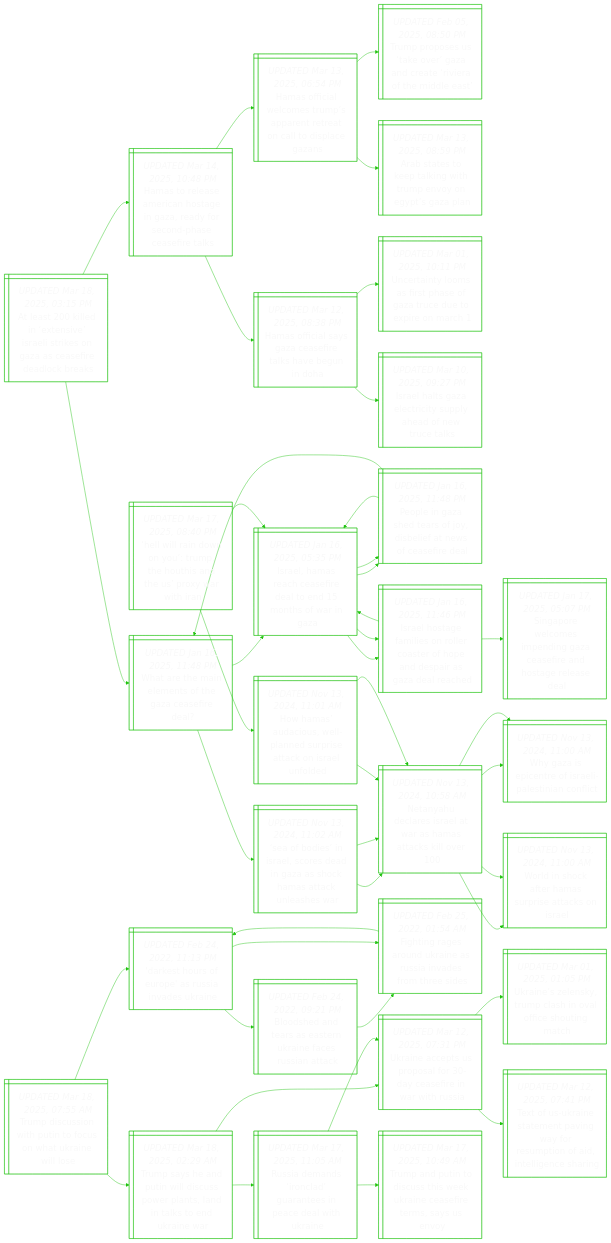
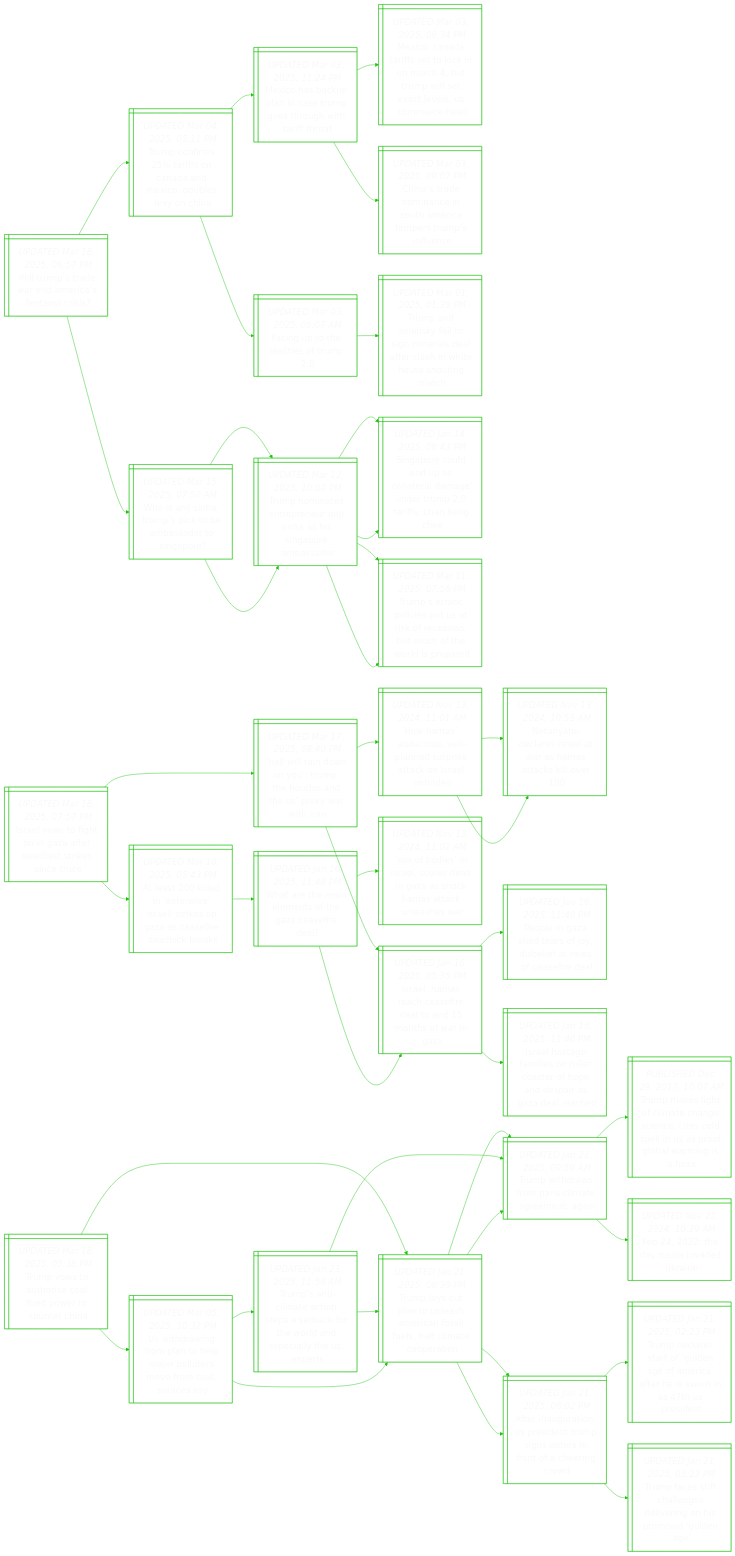
One commit to notJmes/notJmes changed the diagram in README.md. Above: the diagram before and after it, drawn with Mermaid. The commit also changed other lines of this file, not shown here.

````diff
--- a/README.md
+++ b/README.md
@@ -16,136 +16,130 @@
 flowchart LR
 classDef txtsize font-size:20px;
 
-AslessikGsedoe@{ shape: win-pane, label: "_UPDATED Mar 18, 2025, 03:15 PM_
+Wrtwdieys@{ shape: win-pane, label: "_UPDATED Mar 18, 2025, 06:57 PM_
+Will trump’s trade war end america’s fentanyl crisis?" }
+TcrroadcbeC@{ shape: win-pane, label: "_UPDATED Mar 04, 2025, 05:11 PM_
+Trump confirms 25% tariffs on canada and mexico, doubles levy on china" }
+MoapnTghhtfa@{ shape: win-pane, label: "_UPDATED Mar 03, 2025, 11:24 PM_
+Mexico has backup plan in case trump goes through with tariff threat" }
+ModieiocTwececra@{ shape: win-pane, label: "_UPDATED Mar 03, 2025, 09:34 PM_
+Mexico, canada tariffs set to kick in on march 4, but trump will set exact levels: us commerce head" }
+Csenitresple@{ shape: win-pane, label: "_UPDATED Mar 03, 2025, 09:07 PM_
+China’s trade dominance in south america tempers trump’s influence" }
+Fgtaer@{ shape: win-pane, label: "_UPDATED Mar 03, 2025, 06:07 AM_
+Facing up to the realities of trump 2.0" }
+TalytnretaWHsit@{ shape: win-pane, label: "_UPDATED Mar 01, 2025, 01:39 PM_
+Trump and zelensky fail to sign minerals deal after clash in white house shouting match" }
+WAirpobdSp@{ shape: win-pane, label: "_UPDATED Mar 15, 2025, 07:50 AM_
+Who is anji sinha, trump’s pick to be ambassador to singapore?" }
+TnanrrSaSpma@{ shape: win-pane, label: "_UPDATED Mar 12, 2025, 10:00 PM_
+Trump nominates entrepreneur anji sinha as his singapore ambassador" }
+Sponsalgemihne@{ shape: win-pane, label: "_UPDATED Jan 14, 2025, 08:43 PM_
+Singapore could end up as ‘collateral damage’ under trump 2.0 tariffs: chan heng chee" }
+TstlsSseitowip@{ shape: win-pane, label: "_UPDATED Mar 11, 2025, 07:56 PM_
+Trump’s erratic policies put us at risk of recession, but much of the world is prepared" }
+TnanrrSaSpma@{ shape: win-pane, label: "_UPDATED Mar 12, 2025, 10:00 PM_
+Trump nominates entrepreneur anji sinha as his singapore ambassador" }
+Sponsalgemihne@{ shape: win-pane, label: "_UPDATED Jan 14, 2025, 08:43 PM_
+Singapore could end up as ‘collateral damage’ under trump 2.0 tariffs: chan heng chee" }
+TstlsSseitowip@{ shape: win-pane, label: "_UPDATED Mar 11, 2025, 07:56 PM_
+Trump’s erratic policies put us at risk of recession, but much of the world is prepared" }
+
+Wrtwdieys:::txtsize --> TcrroadcbeC:::txtsize
+TcrroadcbeC:::txtsize --> MoapnTghhtfa:::txtsize
+MoapnTghhtfa:::txtsize --> ModieiocTwececra:::txtsize
+MoapnTghhtfa:::txtsize --> Csenitresple:::txtsize
+TcrroadcbeC:::txtsize --> Fgtaer:::txtsize
+Fgtaer:::txtsize --> TalytnretaWHsit:::txtsize
+Wrtwdieys:::txtsize --> WAirpobdSp:::txtsize
+WAirpobdSp:::txtsize --> TnanrrSaSpma:::txtsize
+TnanrrSaSpma:::txtsize --> Sponsalgemihne:::txtsize
+TnanrrSaSpma:::txtsize --> TstlsSseitowip:::txtsize
+WAirpobdSp:::txtsize --> TnanrrSaSpma:::txtsize
+TnanrrSaSpma:::txtsize --> Sponsalgemihne:::txtsize
+TnanrrSaSpma:::txtsize --> TstlsSseitowip:::txtsize
+
+Ilthnaditsee@{ shape: win-pane, label: "_UPDATED Mar 18, 2025, 07:57 PM_
+Israel vows to fight on in gaza after deadliest strikes since truce" }
+AslessikGsedoe@{ shape: win-pane, label: "_UPDATED Mar 18, 2025, 05:43 PM_
 At least 200 killed in ‘extensive’ israeli strikes on gaza as ceasefire deadlock breaks" }
-Htematnrfcheil@{ shape: win-pane, label: "_UPDATED Mar 14, 2025, 10:48 PM_
-Hamas to release american hostage in gaza, ready for second-phase ceasefire talks" }
-Hoilsparaadaz@{ shape: win-pane, label: "_UPDATED Mar 13, 2025, 06:54 PM_
-Hamas official welcomes trump’s apparent retreat on call to displace gazans" }
-Tpstvzceetda@{ shape: win-pane, label: "_UPDATED Feb 05, 2025, 08:50 PM_
-Trump proposes us ‘take over’ gaza and create ‘riviera of the middle east’" }
-AttpitmogGl@{ shape: win-pane, label: "_UPDATED Mar 13, 2025, 08:59 PM_
-Arab states to keep talking with trump envoy on egypt’s gaza plan" }
-Hoiyaethen@{ shape: win-pane, label: "_UPDATED Mar 12, 2025, 08:38 PM_
-Hamas official says gaza ceasefire talks have begun in doha" }
-UtysraGruxoc@{ shape: win-pane, label: "_UPDATED Mar 01, 2025, 10:11 PM_
-Uncertainty looms as first phase of gaza truce due to expire on march 1" }
-Ilserylaeck@{ shape: win-pane, label: "_UPDATED Mar 10, 2025, 09:27 PM_
-Israel halts gaza electricity supply ahead of new truce talks" }
 Wrmlthaed@{ shape: win-pane, label: "_UPDATED Jan 16, 2025, 11:48 PM_
 What are the main elements of the gaza ceasefire deal?" }
+Ilshedoooia@{ shape: win-pane, label: "_UPDATED Jan 16, 2025, 05:35 PM_
+Israel, hamas reach ceasefire deal to end 15 months of war in gaza" }
+Sbsrcdnacaale@{ shape: win-pane, label: "_UPDATED Nov 13, 2024, 11:02 AM_
+‘sea of bodies’ in israel, scores dead in gaza as shock hamas attack unleashes war" }
+Hiinuposhrah@{ shape: win-pane, label: "_UPDATED Mar 17, 2025, 08:40 PM_
+‘hell will rain down on you’: trump, the houthis and the us’ proxy war with iran" }
+Hmdulnrecsud@{ shape: win-pane, label: "_UPDATED Nov 13, 2024, 11:01 AM_
+How hamas’ audacious, well-planned surprise attack on israel unfolded" }
+NyeeawHakl@{ shape: win-pane, label: "_UPDATED Nov 13, 2024, 10:58 AM_
+Netanyahu declares israel at war as hamas attacks kill over 100" }
+NyeeawHakl@{ shape: win-pane, label: "_UPDATED Nov 13, 2024, 10:58 AM_
+Netanyahu declares israel at war as hamas attacks kill over 100" }
 Ilshedoooia@{ shape: win-pane, label: "_UPDATED Jan 16, 2025, 05:35 PM_
 Israel, hamas reach ceasefire deal to end 15 months of war in gaza" }
 Pezdsyeasarl@{ shape: win-pane, label: "_UPDATED Jan 16, 2025, 11:48 PM_
 People in gaza shed tears of joy, disbelief at news of ceasefire deal" }
 Ilamslorpdiaac@{ shape: win-pane, label: "_UPDATED Jan 16, 2025, 11:46 PM_
 Israel hostage families on roller coaster of hope and despair as gaza deal reached" }
-Sbsrcdnacaale@{ shape: win-pane, label: "_UPDATED Nov 13, 2024, 11:02 AM_
-‘sea of bodies’ in israel, scores dead in gaza as shock hamas attack unleashes war" }
-NyeeawHakl@{ shape: win-pane, label: "_UPDATED Nov 13, 2024, 10:58 AM_
-Netanyahu declares israel at war as hamas attacks kill over 100" }
-NyeeawHakl@{ shape: win-pane, label: "_UPDATED Nov 13, 2024, 10:58 AM_
-Netanyahu declares israel at war as hamas attacks kill over 100" }
 
-AslessikGsedoe:::txtsize --> Htematnrfcheil:::txtsize
-Htematnrfcheil:::txtsize --> Hoilsparaadaz:::txtsize
-Hoilsparaadaz:::txtsize --> Tpstvzceetda:::txtsize
-Hoilsparaadaz:::txtsize --> AttpitmogGl:::txtsize
-Htematnrfcheil:::txtsize --> Hoiyaethen:::txtsize
-Hoiyaethen:::txtsize --> UtysraGruxoc:::txtsize
-Hoiyaethen:::txtsize --> Ilserylaeck:::txtsize
+Ilthnaditsee:::txtsize --> AslessikGsedoe:::txtsize
 AslessikGsedoe:::txtsize --> Wrmlthaed:::txtsize
 Wrmlthaed:::txtsize --> Ilshedoooia:::txtsize
+Wrmlthaed:::txtsize --> Sbsrcdnacaale:::txtsize
+Ilthnaditsee:::txtsize --> Hiinuposhrah:::txtsize
+Hiinuposhrah:::txtsize --> Hmdulnrecsud:::txtsize
+Hmdulnrecsud:::txtsize --> NyeeawHakl:::txtsize
+Hmdulnrecsud:::txtsize --> NyeeawHakl:::txtsize
+Hiinuposhrah:::txtsize --> Ilshedoooia:::txtsize
 Ilshedoooia:::txtsize --> Pezdsyeasarl:::txtsize
 Ilshedoooia:::txtsize --> Ilamslorpdiaac:::txtsize
-Wrmlthaed:::txtsize --> Sbsrcdnacaale:::txtsize
-Sbsrcdnacaale:::txtsize --> NyeeawHakl:::txtsize
-Sbsrcdnacaale:::txtsize --> NyeeawHakl:::txtsize
 
-Tdswuosaais@{ shape: win-pane, label: "_UPDATED Mar 18, 2025, 07:55 AM_
-Trump discussion with putin to focus on what ukraine will lose" }
-DsruasvUn@{ shape: win-pane, label: "_UPDATED Feb 24, 2022, 11:13 PM_
-'darkest hours of europe' as russia invades ukraine" }
-Bsnranicsak@{ shape: win-pane, label: "_UPDATED Feb 24, 2022, 09:21 PM_
-Bloodshed and tears as eastern ukraine faces russian attack" }
-Figokesnsts@{ shape: win-pane, label: "_UPDATED Feb 25, 2022, 01:54 AM_
-Fighting rages around ukraine as russia invades from three sides" }
-Figokesnsts@{ shape: win-pane, label: "_UPDATED Feb 25, 2022, 01:54 AM_
-Fighting rages around ukraine as russia invades from three sides" }
-DsruasvUn@{ shape: win-pane, label: "_UPDATED Feb 24, 2022, 11:13 PM_
-'darkest hours of europe' as russia invades ukraine" }
-Tseuisppsiknaa@{ shape: win-pane, label: "_UPDATED Mar 18, 2025, 02:29 AM_
-Trump says he and putin will discuss power plants, land in talks to end ukraine war" }
-UneSoocfnis@{ shape: win-pane, label: "_UPDATED Mar 12, 2025, 07:31 PM_
-Ukraine accepts us proposal for 30-day ceasefire in war with russia" }
-Unlyphaiogh@{ shape: win-pane, label: "_UPDATED Mar 01, 2025, 01:05 PM_
-Ukraine’s zelensky, trump clash in oval office shouting match" }
-Tfrsmawrmndlna@{ shape: win-pane, label: "_UPDATED Mar 12, 2025, 07:41 PM_
-Text of us-ukraine statement paving way for resumption of aid, intelligence sharing" }
-Ranodasaahi@{ shape: win-pane, label: "_UPDATED Mar 17, 2025, 11:05 AM_
-Russia demands ‘ironclad’ guarantees in peace deal with ukraine" }
-UneSoocfnis@{ shape: win-pane, label: "_UPDATED Mar 12, 2025, 07:31 PM_
-Ukraine accepts us proposal for 30-day ceasefire in war with russia" }
-TatdssUnsesUo@{ shape: win-pane, label: "_UPDATED Mar 17, 2025, 10:49 AM_
-Trump and putin to discuss this week ukraine ceasefire terms, says us envoy" }
+Tvoociooti@{ shape: win-pane, label: "_UPDATED Mar 18, 2025, 05:38 PM_
+Trump vows to authorise coal-fired power to counter china" }
+Uhionlolsfous@{ shape: win-pane, label: "_UPDATED Mar 05, 2025, 10:32 PM_
+Us withdrawing from plan to help major polluters move from coal, sources say" }
+TlunlAcsuaicrn@{ shape: win-pane, label: "_UPDATED Jan 21, 2025, 08:30 PM_
+Trump lays out plan to unleash american fossil fuels, halt climate cooperation" }
+Twrrriamg@{ shape: win-pane, label: "_UPDATED Jan 21, 2025, 09:59 AM_
+Trump withdraws from paris climate agreement, again" }
+Aiuoreugdnthnw@{ shape: win-pane, label: "_UPDATED Jan 21, 2025, 06:02 PM_
+After inauguration, us president trump signs orders in front of a cheering crowd" }
+TsctieekhleitEt@{ shape: win-pane, label: "_UPDATED Jan 23, 2025, 11:58 AM_
+Trump’s anti-climate action steps a setback for the world and especially the us: experts" }
+Twrrriamg@{ shape: win-pane, label: "_UPDATED Jan 21, 2025, 09:59 AM_
+Trump withdraws from paris climate agreement, again" }
+TlunlAcsuaicrn@{ shape: win-pane, label: "_UPDATED Jan 21, 2025, 08:30 PM_
+Trump lays out plan to unleash american fossil fuels, halt climate cooperation" }
+TlunlAcsuaicrn@{ shape: win-pane, label: "_UPDATED Jan 21, 2025, 08:30 PM_
+Trump lays out plan to unleash american fossil fuels, halt climate cooperation" }
+Twrrriamg@{ shape: win-pane, label: "_UPDATED Jan 21, 2025, 09:59 AM_
+Trump withdraws from paris climate agreement, again" }
+Tmlomhscedlaobria@{ shape: win-pane, label: "_PUBLISHED Dec 29, 2017, 10:07 AM_
+Trump makes light of climate change science, cites cold spell in us as proof global warming is a hoax" }
+Feuiea@{ shape: win-pane, label: "_UPDATED Nov 25, 2024, 10:29 AM_
+Feb 24, 2022: the day russia invaded ukraine" }
+Aiuoreugdnthnw@{ shape: win-pane, label: "_UPDATED Jan 21, 2025, 06:02 PM_
+After inauguration, us president trump signs orders in front of a cheering crowd" }
+TdragnfitirsPd@{ shape: win-pane, label: "_UPDATED Jan 21, 2025, 02:23 PM_
+Trump declares start of ‘golden age of america’ after he is sworn in as 47th us president" }
+Tfscedeopslg@{ shape: win-pane, label: "_UPDATED Jan 21, 2025, 03:23 PM_
+Trump faces stiff challenges delivering on his promised ‘golden age’" }
 
-Tdswuosaais:::txtsize --> DsruasvUn:::txtsize
-DsruasvUn:::txtsize --> Bsnranicsak:::txtsize
-Bsnranicsak:::txtsize --> Figokesnsts:::txtsize
-DsruasvUn:::txtsize --> Figokesnsts:::txtsize
-Figokesnsts:::txtsize --> DsruasvUn:::txtsize
-Tdswuosaais:::txtsize --> Tseuisppsiknaa:::txtsize
-Tseuisppsiknaa:::txtsize --> UneSoocfnis:::txtsize
-UneSoocfnis:::txtsize --> Unlyphaiogh:::txtsize
-UneSoocfnis:::txtsize --> Tfrsmawrmndlna:::txtsize
-Tseuisppsiknaa:::txtsize --> Ranodasaahi:::txtsize
-Ranodasaahi:::txtsize --> UneSoocfnis:::txtsize
-Ranodasaahi:::txtsize --> TatdssUnsesUo:::txtsize
-
-Hiinuposhrah@{ shape: win-pane, label: "_UPDATED Mar 17, 2025, 08:40 PM_
-‘hell will rain down on you’: trump, the houthis and the us’ proxy war with iran" }
-Hmdulnrecsud@{ shape: win-pane, label: "_UPDATED Nov 13, 2024, 11:01 AM_
-How hamas’ audacious, well-planned surprise attack on israel unfolded" }
-NyeeawHakl@{ shape: win-pane, label: "_UPDATED Nov 13, 2024, 10:58 AM_
-Netanyahu declares israel at war as hamas attacks kill over 100" }
-WzptIleint@{ shape: win-pane, label: "_UPDATED Nov 13, 2024, 11:00 AM_
-Why gaza is epicentre of israeli-palestinian conflict" }
-Wiceapaks@{ shape: win-pane, label: "_UPDATED Nov 13, 2024, 11:00 AM_
-World in shock after hamas surprise attacks on israel" }
-NyeeawHakl@{ shape: win-pane, label: "_UPDATED Nov 13, 2024, 10:58 AM_
-Netanyahu declares israel at war as hamas attacks kill over 100" }
-WzptIleint@{ shape: win-pane, label: "_UPDATED Nov 13, 2024, 11:00 AM_
-Why gaza is epicentre of israeli-palestinian conflict" }
-Wiceapaks@{ shape: win-pane, label: "_UPDATED Nov 13, 2024, 11:00 AM_
-World in shock after hamas surprise attacks on israel" }
-Ilshedoooia@{ shape: win-pane, label: "_UPDATED Jan 16, 2025, 05:35 PM_
-Israel, hamas reach ceasefire deal to end 15 months of war in gaza" }
-Pezdsyeasarl@{ shape: win-pane, label: "_UPDATED Jan 16, 2025, 11:48 PM_
-People in gaza shed tears of joy, disbelief at news of ceasefire deal" }
-Ilshedoooia@{ shape: win-pane, label: "_UPDATED Jan 16, 2025, 05:35 PM_
-Israel, hamas reach ceasefire deal to end 15 months of war in gaza" }
-Wrmlthaed@{ shape: win-pane, label: "_UPDATED Jan 16, 2025, 11:48 PM_
-What are the main elements of the gaza ceasefire deal?" }
-Ilamslorpdiaac@{ shape: win-pane, label: "_UPDATED Jan 16, 2025, 11:46 PM_
-Israel hostage families on roller coaster of hope and despair as gaza deal reached" }
-Ilshedoooia@{ shape: win-pane, label: "_UPDATED Jan 16, 2025, 05:35 PM_
-Israel, hamas reach ceasefire deal to end 15 months of war in gaza" }
-Speeegcfntee@{ shape: win-pane, label: "_UPDATED Jan 17, 2025, 05:07 PM_
-Singapore welcomes impending gaza ceasefire and hostage release deal" }
-
-Hiinuposhrah:::txtsize --> Hmdulnrecsud:::txtsize
-Hmdulnrecsud:::txtsize --> NyeeawHakl:::txtsize
-NyeeawHakl:::txtsize --> WzptIleint:::txtsize
-NyeeawHakl:::txtsize --> Wiceapaks:::txtsize
-Hmdulnrecsud:::txtsize --> NyeeawHakl:::txtsize
-NyeeawHakl:::txtsize --> WzptIleint:::txtsize
-NyeeawHakl:::txtsize --> Wiceapaks:::txtsize
-Hiinuposhrah:::txtsize --> Ilshedoooia:::txtsize
-Ilshedoooia:::txtsize --> Pezdsyeasarl:::txtsize
-Pezdsyeasarl:::txtsize --> Ilshedoooia:::txtsize
-Pezdsyeasarl:::txtsize --> Wrmlthaed:::txtsize
-Ilshedoooia:::txtsize --> Ilamslorpdiaac:::txtsize
-Ilamslorpdiaac:::txtsize --> Ilshedoooia:::txtsize
-Ilamslorpdiaac:::txtsize --> Speeegcfntee:::txtsize
+Tvoociooti:::txtsize --> Uhionlolsfous:::txtsize
+Uhionlolsfous:::txtsize --> TlunlAcsuaicrn:::txtsize
+TlunlAcsuaicrn:::txtsize --> Twrrriamg:::txtsize
+TlunlAcsuaicrn:::txtsize --> Aiuoreugdnthnw:::txtsize
+Uhionlolsfous:::txtsize --> TsctieekhleitEt:::txtsize
+TsctieekhleitEt:::txtsize --> Twrrriamg:::txtsize
+TsctieekhleitEt:::txtsize --> TlunlAcsuaicrn:::txtsize
+Tvoociooti:::txtsize --> TlunlAcsuaicrn:::txtsize
+TlunlAcsuaicrn:::txtsize --> Twrrriamg:::txtsize
+Twrrriamg:::txtsize --> Tmlomhscedlaobria:::txtsize
+Twrrriamg:::txtsize --> Feuiea:::txtsize
+TlunlAcsuaicrn:::txtsize --> Aiuoreugdnthnw:::txtsize
+Aiuoreugdnthnw:::txtsize --> TdragnfitirsPd:::txtsize
+Aiuoreugdnthnw:::txtsize --> Tfscedeopslg:::txtsize
 
 ```
````
